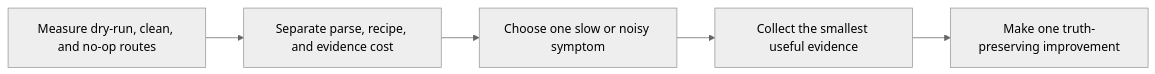
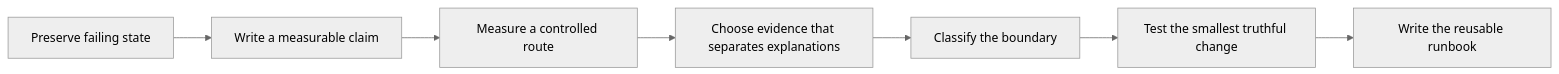
One commit to bijux/bijux-masterclass changed the first of 3 diagrams in programs/reproducible-research/deep-dive-make/course-book/module-09-performance-observability-incident-response/index.md. Above: the diagram before and after it, drawn with Mermaid (neutral theme). The commit also changed other lines of this file, not shown here.

Commit message:
docs(make): frame module 9 as an incident practicum

````diff
--- a/programs/reproducible-research/deep-dive-make/course-book/module-09-performance-observability-incident-response/index.md
+++ b/programs/reproducible-research/deep-dive-make/course-book/module-09-performance-observability-incident-response/index.md
@@ -48,7 +105,9 @@
 ```mermaid
 flowchart LR
-  baseline["Measure dry-run, clean, and no-op routes"] --> isolate["Separate parse, recipe, and evidence cost"]
-  isolate --> incident["Choose one slow or noisy symptom"]
-  incident --> trace["Collect the smallest useful evidence"]
-  trace --> repair["Make one truth-preserving improvement"]
+  preserve["Preserve failing state"] --> claim["Write a measurable claim"]
+  claim --> baseline["Measure a controlled route"]
+  baseline --> discriminate["Choose evidence that separates explanations"]
+  discriminate --> classify["Classify the boundary"]
+  classify --> change["Test the smallest truthful change"]
+  change --> transfer["Write the reusable runbook"]
 ```
````
